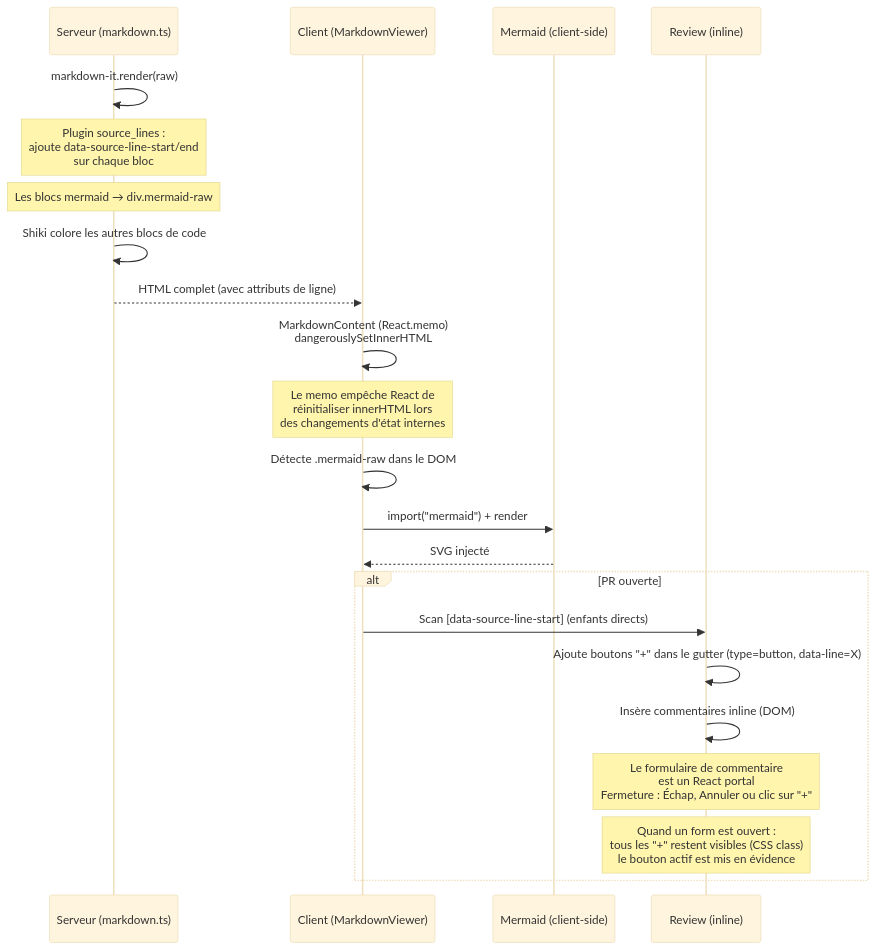
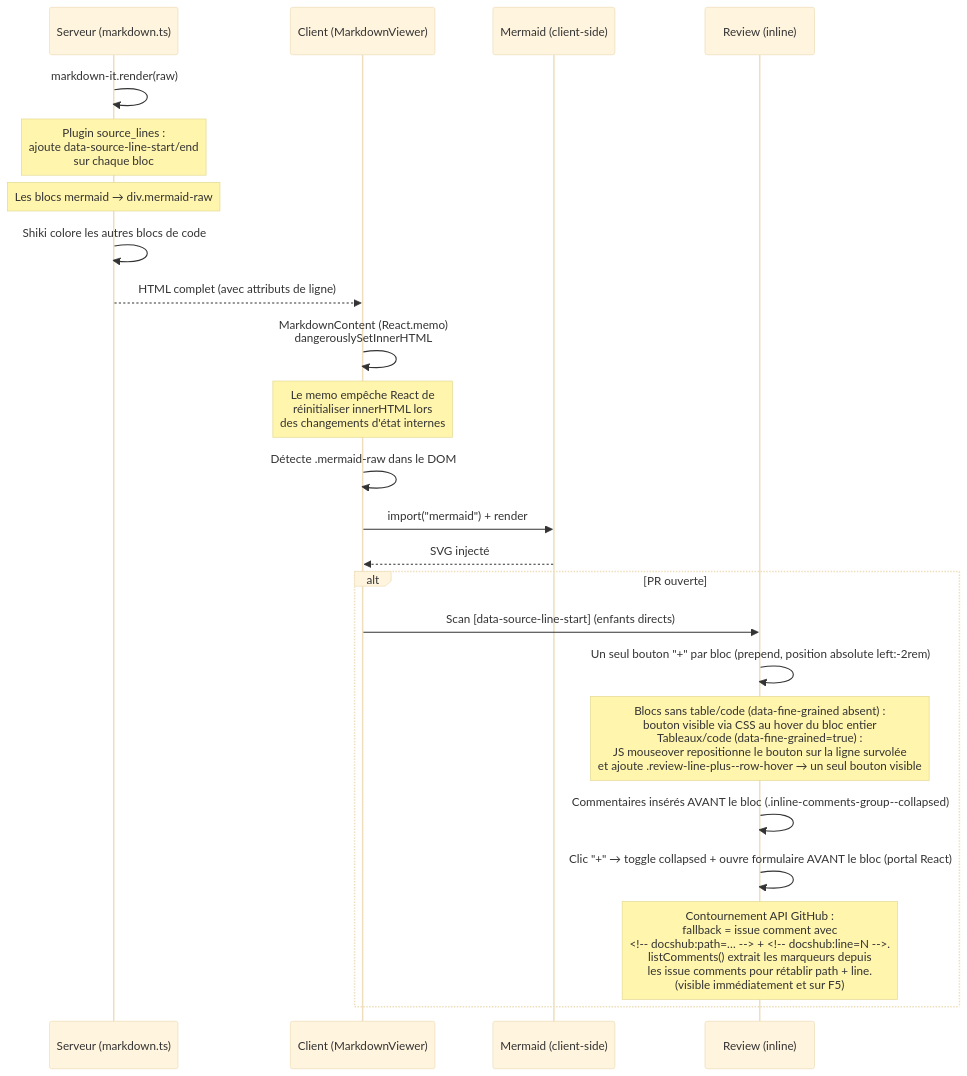
One commit to francois76/docsHub changed the sixth of 7 diagrams in docs/architecture.md. Above: the diagram before and after it, drawn with Mermaid (base theme). The commit also changed 4 other files, not shown here.

````diff
--- a/docs/architecture.md
+++ b/docs/architecture.md
@@ -175,27 +175,28 @@
 ```mermaid
 sequenceDiagram
     participant Server as Serveur (markdown.ts)
     participant Client as Client (MarkdownViewer)
     participant Mermaid as Mermaid (client-side)
     participant Review as Review (inline)
 
     Server->>Server: markdown-it.render(raw)
     Note over Server: Plugin source_lines :<br/>ajoute data-source-line-start/end<br/>sur chaque bloc
     Note over Server: Les blocs mermaid → div.mermaid-raw
     Server->>Server: Shiki colore les autres blocs de code
     Server-->>Client: HTML complet (avec attributs de ligne)
 
     Client->>Client: MarkdownContent (React.memo)<br/>dangerouslySetInnerHTML
     Note over Client: Le memo empêche React de<br/>réinitialiser innerHTML lors<br/>des changements d'état internes
     Client->>Client: Détecte .mermaid-raw dans le DOM
     Client->>Mermaid: import("mermaid") + render
     Mermaid-->>Client: SVG injecté
 
     alt PR ouverte
         Client->>Review: Scan [data-source-line-start] (enfants directs)
-        Review->>Review: Ajoute boutons "+" dans le gutter (type=button, data-line=X)
-        Review->>Review: Insère commentaires inline (DOM)
-        Note over Review: Le formulaire de commentaire<br/>est un React portal<br/>Fermeture : Échap, Annuler ou clic sur "+"
-        Note over Review: Quand un form est ouvert :<br/>tous les "+" restent visibles (CSS class)<br/>le bouton actif est mis en évidence
+        Review->>Review: Un seul bouton "+" par bloc (prepend, position absolute left:-2rem)
+        Note over Review: Blocs sans table/code (data-fine-grained absent) :<br/>bouton visible via CSS au hover du bloc entier<br/>Tableaux/code (data-fine-grained=true) :<br/>JS mouseover repositionne le bouton sur la ligne survolée<br/>et ajoute .review-line-plus--row-hover → un seul bouton visible
+        Review->>Review: Commentaires insérés AVANT le bloc (.inline-comments-group--collapsed)
+        Review->>Review: Clic "+" → toggle collapsed + ouvre formulaire AVANT le bloc (portal React)
+        Note over Review: Contournement API GitHub :<br/>fallback = issue comment avec<br/><!-- docshub:path=… --> + <!-- docshub:line=N -->.<br/>listComments() extrait les marqueurs depuis<br/>les issue comments pour rétablir path + line.<br/>(visible immédiatement et sur F5)
     end
 ```
````
